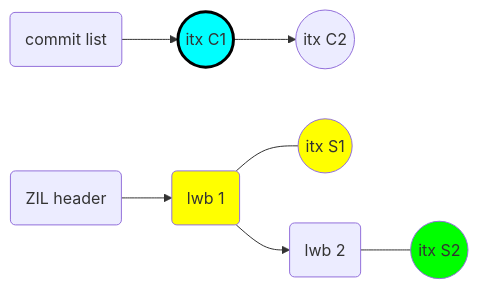
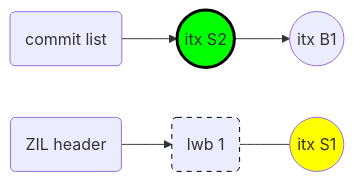
Diagram 13 of 44 in content/post/2017-10-24-zil-performance-how-i-doubled-sync-write-speed.md (prakashsurya/prakashsurya.github.io), drawn with Mermaid before and after one commit. The commit also changed other lines of this file, not shown here.

```diff
--- a/content/post/2017-10-24-zil-performance-how-i-doubled-sync-write-speed.md
+++ b/content/post/2017-10-24-zil-performance-how-i-doubled-sync-write-speed.md
@@ -505,15 +817,13 @@
 <div class="mermaid">
 graph LR
-  CLIST(commit list) --> OBJ-C-1((itx C1))
-  OBJ-C-1            --> OBJ-C-2((itx C2))
+  CLIST(commit list) --> SLIST-2((itx S2))
+  SLIST-2            --> OBJ-B-1((itx B1))
 
   HEADER(ZIL header) --> LWB-1(lwb 1)
   LWB-1              --- SLIST-1((itx S1))
-  LWB-1              --> LWB-2(lwb 2)
-  LWB-2              --- SLIST-2((itx S2))
 
   style SLIST-1 fill:#ffff00
-  style SLIST-2 fill:#00ff00
-  style OBJ-C-1 fill:#00ffff,stroke:#000000,stroke-width:3px
-  style LWB-1   fill:#ffff00
+  style SLIST-2 fill:#00ff00,stroke:#000000,stroke-width:3px
+
+  style LWB-1 stroke:#000000, stroke-dasharray:5, 5
 </div>
```
